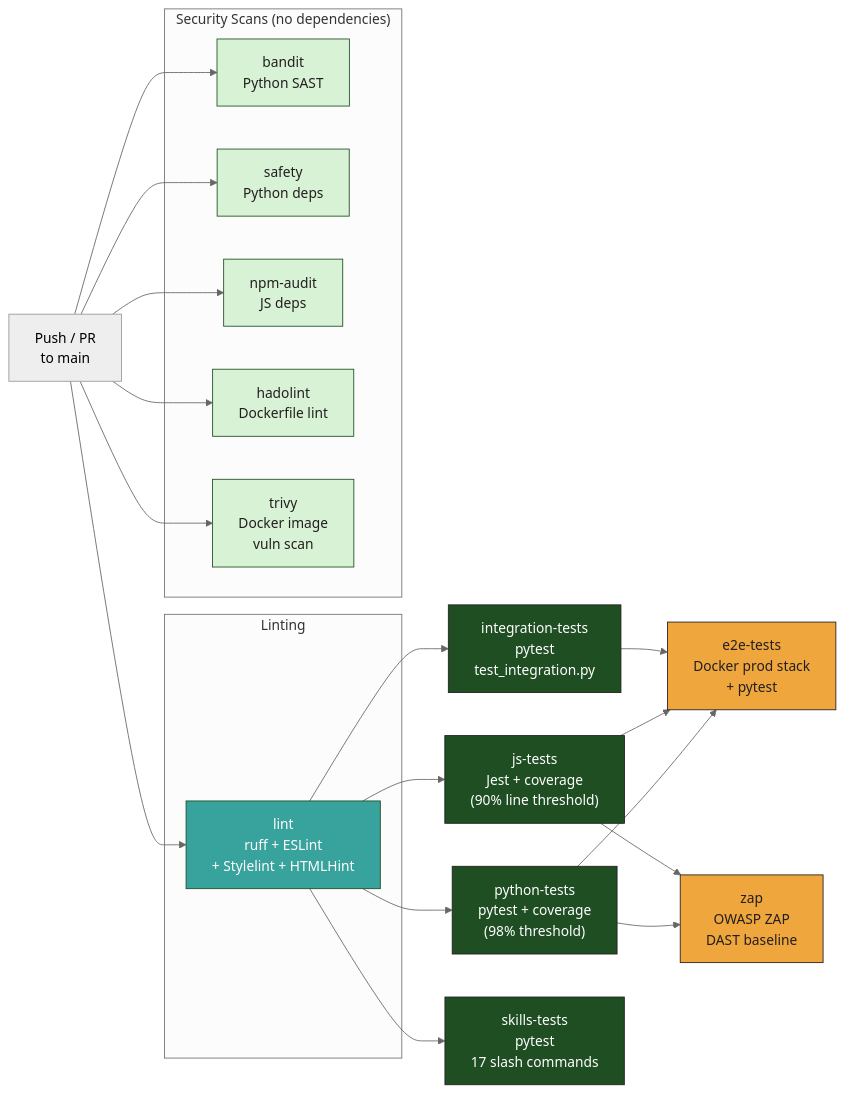
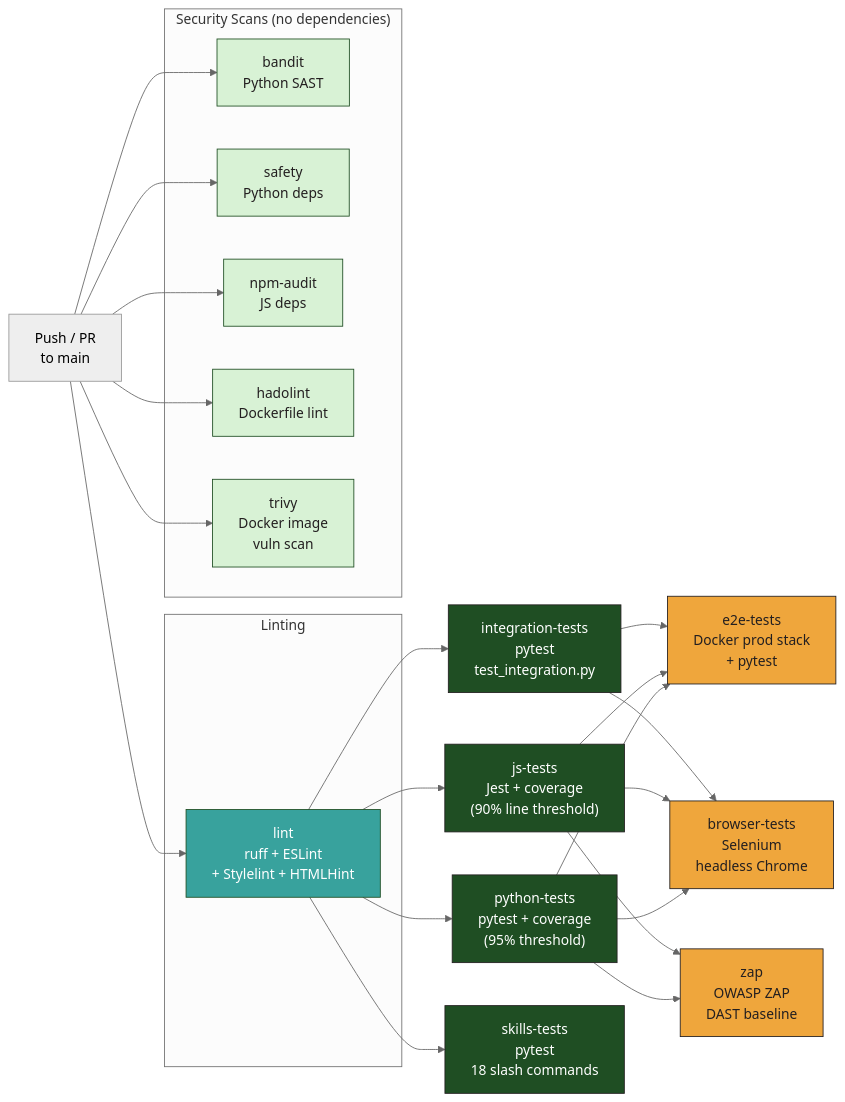
The fifth of 5 diagrams in docs/tech-spec.md (mgmarques/radiocalico), drawn with Mermaid (neutral theme) before and after one commit. The commit also changed other lines of this file and 7 other files, not shown here.

First line of the commit message:
Update docs: architecture diagrams, tech-spec, V&V plan, README, CI threshold

````diff
--- a/docs/tech-spec.md
+++ b/docs/tech-spec.md
@@ -829,47 +829,52 @@
 ```mermaid
 graph LR
     Push["Push / PR<br/>to main"] --> lint
 
     subgraph Linting
         lint["lint<br/>ruff + ESLint<br/>+ Stylelint + HTMLHint"]
     end
 
-    lint --> python-tests["python-tests<br/>pytest + coverage<br/>(98% threshold)"]
+    lint --> python-tests["python-tests<br/>pytest + coverage<br/>(95% threshold)"]
     lint --> integration-tests["integration-tests<br/>pytest<br/>test_integration.py"]
     lint --> js-tests["js-tests<br/>Jest + coverage<br/>(90% line threshold)"]
-    lint --> skills-tests["skills-tests<br/>pytest<br/>17 slash commands"]
+    lint --> skills-tests["skills-tests<br/>pytest<br/>18 slash commands"]
 
     python-tests --> e2e-tests["e2e-tests<br/>Docker prod stack<br/>+ pytest"]
     js-tests --> e2e-tests
     integration-tests --> e2e-tests
+
+    python-tests --> browser-tests["browser-tests<br/>Selenium<br/>headless Chrome"]
+    js-tests --> browser-tests
+    integration-tests --> browser-tests
 
     python-tests --> zap["zap<br/>OWASP ZAP<br/>DAST baseline"]
     js-tests --> zap
 
     subgraph "Security Scans (no dependencies)"
         bandit["bandit<br/>Python SAST"]
         safety["safety<br/>Python deps"]
         npm-audit["npm-audit<br/>JS deps"]
         hadolint["hadolint<br/>Dockerfile lint"]
         trivy["trivy<br/>Docker image<br/>vuln scan"]
     end
 
     Push --> bandit
     Push --> safety
     Push --> npm-audit
     Push --> hadolint
     Push --> trivy
 
     style lint fill:#38A29D,stroke:#1F4E23,color:#FFFFFF
     style python-tests fill:#1F4E23,stroke:#231F20,color:#FFFFFF
     style integration-tests fill:#1F4E23,stroke:#231F20,color:#FFFFFF
     style js-tests fill:#1F4E23,stroke:#231F20,color:#FFFFFF
     style skills-tests fill:#1F4E23,stroke:#231F20,color:#FFFFFF
     style e2e-tests fill:#EFA63C,stroke:#231F20,color:#231F20
+    style browser-tests fill:#EFA63C,stroke:#231F20,color:#231F20
     style zap fill:#EFA63C,stroke:#231F20,color:#231F20
     style bandit fill:#D8F2D5,stroke:#1F4E23,color:#231F20
     style safety fill:#D8F2D5,stroke:#1F4E23,color:#231F20
     style npm-audit fill:#D8F2D5,stroke:#1F4E23,color:#231F20
     style hadolint fill:#D8F2D5,stroke:#1F4E23,color:#231F20
     style trivy fill:#D8F2D5,stroke:#1F4E23,color:#231F20
 ```
````
